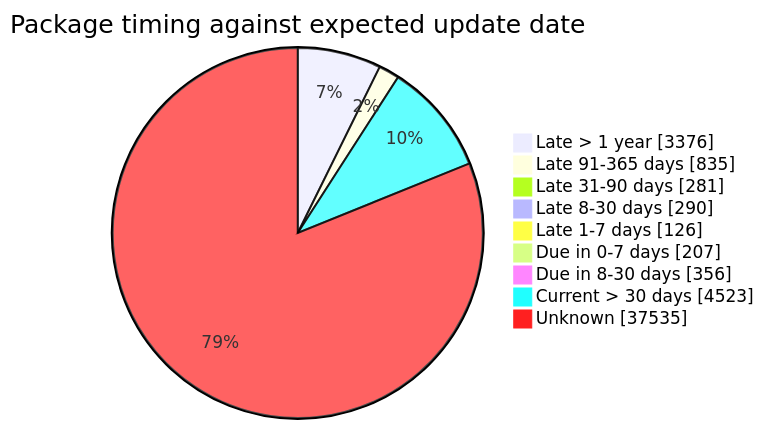
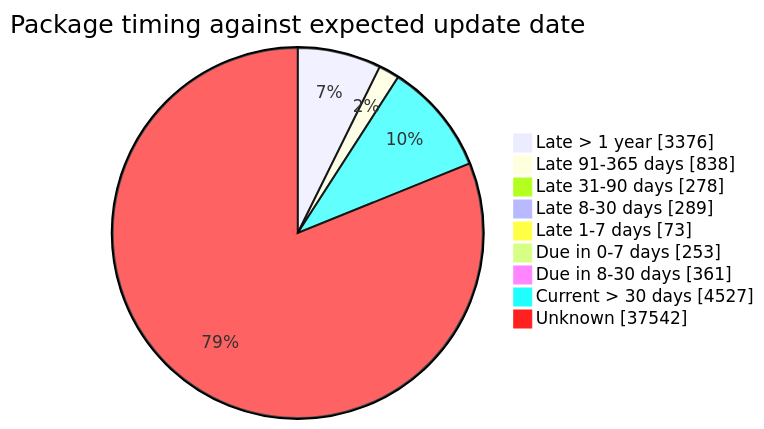
One commit to open-data/analytics-corporate-reporting changed the fourth of 5 diagrams in FreshCheck/README.md. Above: the diagram before and after it, drawn with Mermaid. The commit also changed other lines of this file and 3 other files, not shown here.

````diff
--- a/FreshCheck/README.md
+++ b/FreshCheck/README.md
@@ -87,12 +87,12 @@
 ```mermaid
 pie showData title Package timing against expected update date
     "Late > 1 year": 3376
-    "Late 91-365 days": 835
-    "Late 31-90 days": 281
-    "Late 8-30 days": 290
-    "Late 1-7 days": 126
-    "Due in 0-7 days": 207
-    "Due in 8-30 days": 356
-    "Current > 30 days": 4523
-    "Unknown": 37535
+    "Late 91-365 days": 838
+    "Late 31-90 days": 278
+    "Late 8-30 days": 289
+    "Late 1-7 days": 73
+    "Due in 0-7 days": 253
+    "Due in 8-30 days": 361
+    "Current > 30 days": 4527
+    "Unknown": 37542
 ```
````
